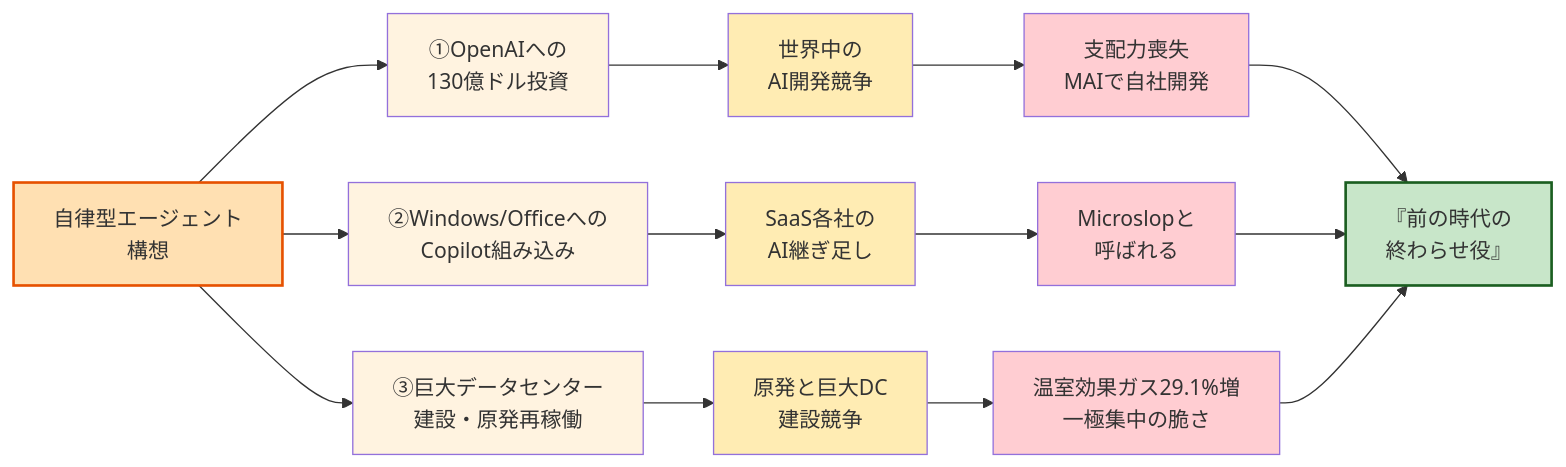
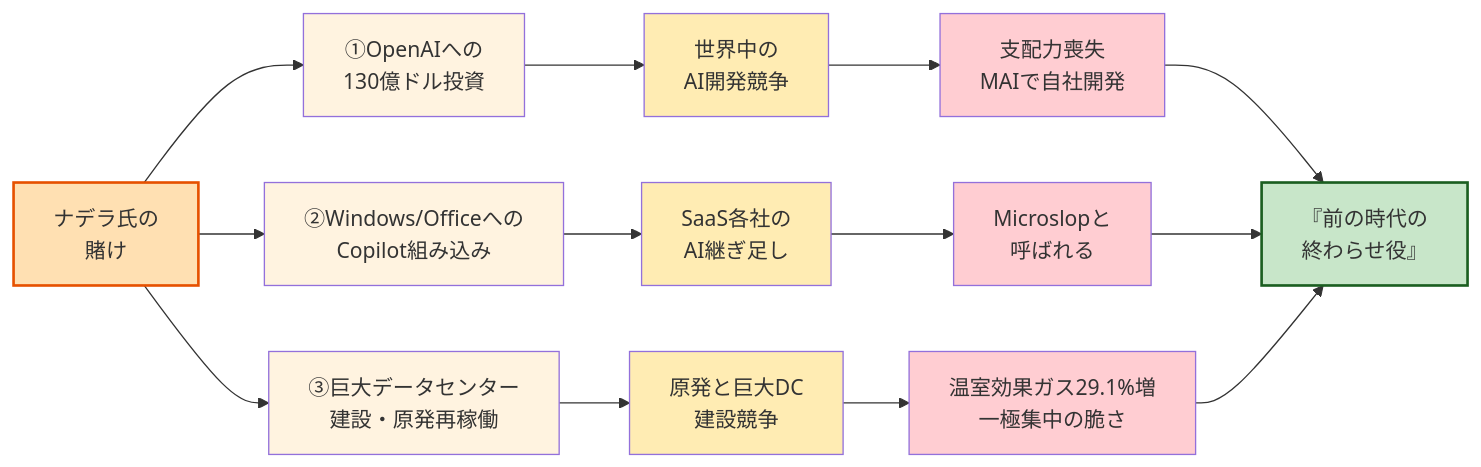
One commit to aiseed-dev/website changed the diagram in articles/blog/020-nadella-hegel-cunning-of-reason/ja.md. Above: the diagram before and after it, drawn with Mermaid. The commit also changed other lines of this file, not shown here.

Commit message:
ナデラ・ヘーゲル記事: 三つの賭けの冒頭文を冷静なトーンに
「同時に進めています」は事実として不正確（OpenAI出資、Copilot展開、
データセンター拡大はフェーズが異なる）。また「一つの構想で繋がって
いる」は直後の Mermaid 図と表で読み取れるため、prose で先回りせず
読み手の発見に委ねる。

連動して Mermaid 中央ノードも「自律型エージェント構想」→「ナデラ氏の
賭け」に戻し、図が prose 不在で框組みを言い切る状態を解消。

````diff
--- a/articles/blog/020-nadella-hegel-cunning-of-reason/ja.md
+++ b/articles/blog/020-nadella-hegel-cunning-of-reason/ja.md
@@ -35,32 +35,32 @@
 ```mermaid
 graph LR
-    Core["自律型エージェント<br/>構想"]
+    Core["ナデラ氏の<br/>賭け"]
 
     Core --> Bet1["①OpenAIへの<br/>130億ドル投資"]
     Core --> Bet2["②Windows/Officeへの<br/>Copilot組み込み"]
     Core --> Bet3["③巨大データセンター<br/>建設・原発再稼働"]
 
     Bet1 --> W1["世界中の<br/>AI開発競争"]
     Bet2 --> W2["SaaS各社の<br/>AI継ぎ足し"]
     Bet3 --> W3["原発と巨大DC<br/>建設競争"]
 
     W1 --> R1["支配力喪失<br/>MAIで自社開発"]
     W2 --> R2["Microslopと<br/>呼ばれる"]
     W3 --> R3["温室効果ガス29.1%増<br/>一極集中の脆さ"]
 
     R1 --> End["『前の時代の<br/>終わらせ役』"]
     R2 --> End
     R3 --> End
 
     style Core fill:#ffe0b2,stroke:#e65100,stroke-width:2px
     style End fill:#c8e6c9,stroke:#1b5e20,stroke-width:2px
     style Bet1 fill:#fff3e0
     style Bet2 fill:#fff3e0
     style Bet3 fill:#fff3e0
     style W1 fill:#ffecb3
     style W2 fill:#ffecb3
     style W3 fill:#ffecb3
     style R1 fill:#ffcdd2
     style R2 fill:#ffcdd2
     style R3 fill:#ffcdd2
 ```
````
